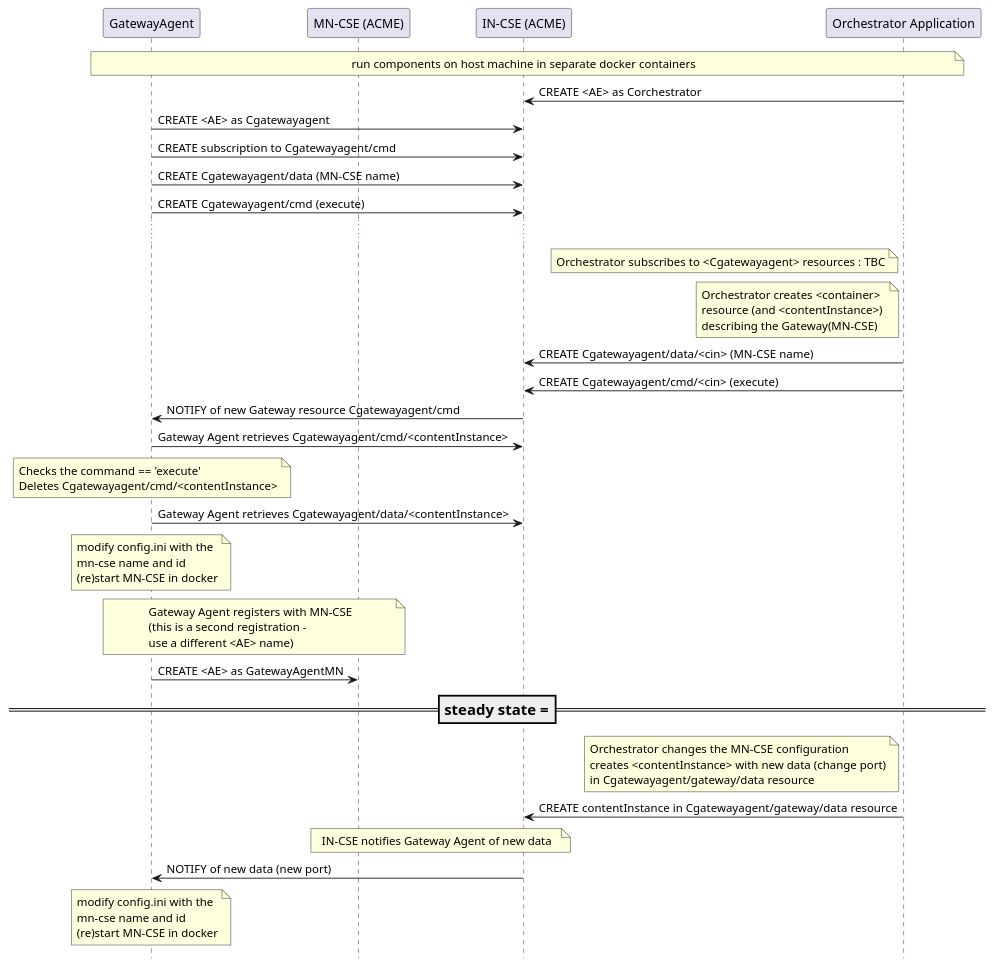
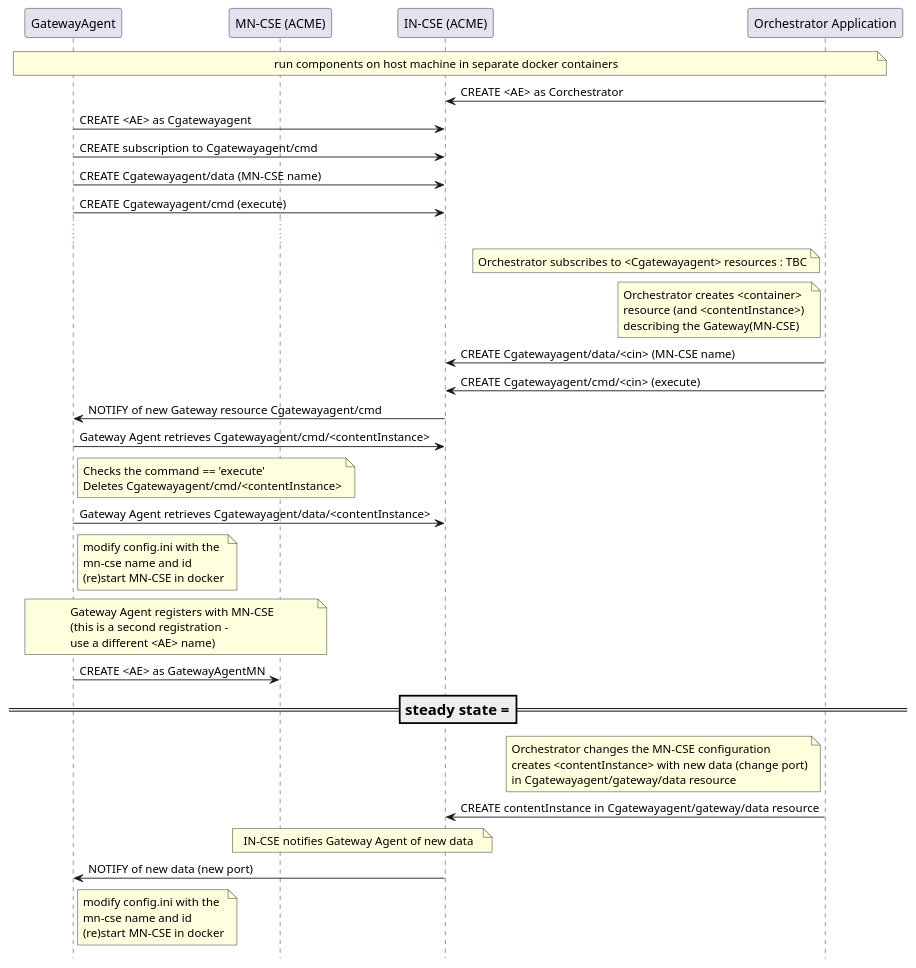
Before and after one commit to BobFIV/PSU_CAPSTONE_1S26: the diagram in media/msc.puml, drawn with PlantUML. The commit also changed 1 other file, not shown here.

```diff
--- a/media/msc.puml
+++ b/media/msc.puml
@@ -1,83 +1,83 @@
 @startuml
 hide footbox
 
 participant GA as "GatewayAgent"
 participant MN as "MN-CSE (ACME)"
 participant IN as "IN-CSE (ACME)"
 participant CB as "Orchestrator Application"
 
 note over GA,CB
 run components on host machine in separate docker containers
 end note
 
 
 CB -> IN: CREATE <AE> as Corchestrator
 
 GA -> IN: CREATE <AE> as Cgatewayagent
 GA -> IN: CREATE subscription to Cgatewayagent/cmd
 GA -> IN: CREATE Cgatewayagent/data (MN-CSE name)
 GA -> IN: CREATE Cgatewayagent/cmd (execute)
 
 ...
 
 note left CB
 Orchestrator subscribes to <Cgatewayagent> resources : TBC
 end note
 
 
 
 note left CB
 Orchestrator creates <container>
 resource (and <contentInstance>) 
 describing the Gateway(MN-CSE)
 end note
 
 CB -> IN: CREATE Cgatewayagent/data/<cin> (MN-CSE name)
 CB -> IN: CREATE Cgatewayagent/cmd/<cin> (execute)
 
 IN -> GA: NOTIFY of new Gateway resource Cgatewayagent/cmd
 GA -> IN : Gateway Agent retrieves Cgatewayagent/cmd/<contentInstance>
 
-note over GA
+note right GA
 Checks the command == 'execute'
 Deletes Cgatewayagent/cmd/<contentInstance>
 end note
 
 GA -> IN : Gateway Agent retrieves Cgatewayagent/data/<contentInstance> 
 
-note over GA
+note right GA
 modify config.ini with the 
 mn-cse name and id 
 (re)start MN-CSE in docker
 end note
 
 note over GA, MN
 Gateway Agent registers with MN-CSE
 (this is a second registration - 
 use a different <AE> name) 
 end note
 
 GA -> MN: CREATE <AE> as GatewayAgentMN
 
 === steady state ===
 
 note left CB
 Orchestrator changes the MN-CSE configuration
 creates <contentInstance> with new data (change port)
 in Cgatewayagent/gateway/data resource
 end note
 
 CB -> IN: CREATE contentInstance in Cgatewayagent/gateway/data resource
 note over MN,IN
 IN-CSE notifies Gateway Agent of new data
 end note
 IN -> GA: NOTIFY of new data (new port)
 
 
-note over GA
+note right GA
 modify config.ini with the 
 mn-cse name and id 
 (re)start MN-CSE in docker
 end note
 
 @enduml
```
